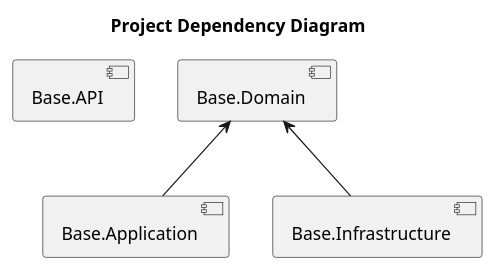
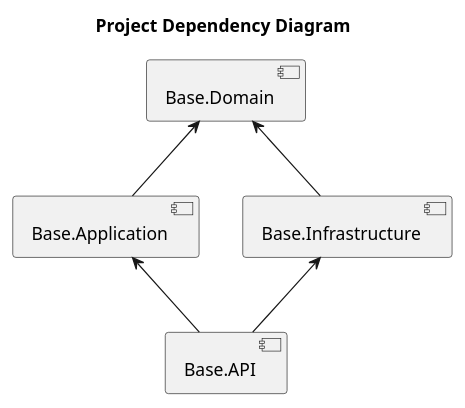
The diagram in Architecure.puml (sandrogomez/dotnet-base-micro-api), drawn with PlantUML before and after one commit. The commit also changed 1 other file, not shown here.

Commit message:
chore: Add Base.API  references to Base.Application chore: Add Base.Api reference to Base.Infrastructure

```diff
--- a/Architecure.puml
+++ b/Architecure.puml
@@ -1,15 +1,17 @@
 @startuml
 title Project Dependency Diagram
 
 ' Define components (e.g., projects, libraries, etc.)
 component "Base.API" as BaseAPI
 component "Base.Application" as BaseApplication
 component "Base.Domain" as BaseDomain
 component "Base.Infrastructure" as BaseInfrastructure
 
 
 ' Define relationships
 BaseDomain <-- BaseApplication
 BaseDomain <-- BaseInfrastructure
 
+BaseInfrastructure <-- BaseAPI
+BaseApplication <-- BaseAPI
 @enduml
```
